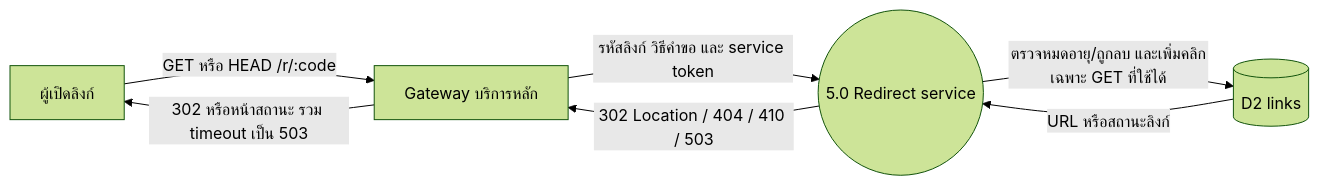
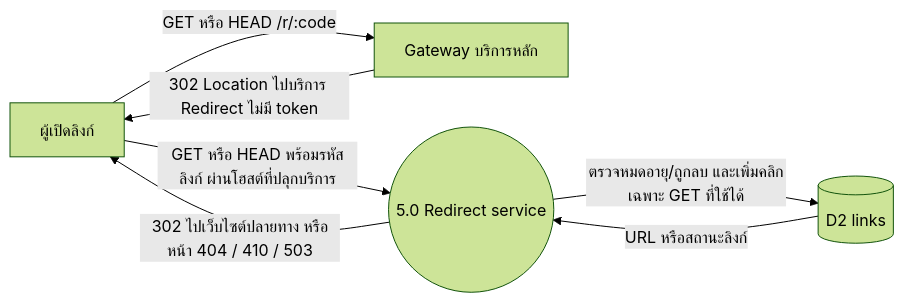
The third of 3 diagrams in docs/DFD.md (Nawaphon05/Short-Url), drawn with Mermaid (forest theme) before and after one commit. The commit also changed other lines of this file and 8 other files, not shown here.

````diff
--- a/docs/DFD.md
+++ b/docs/DFD.md
@@ -109,9 +111,9 @@
 ```mermaid
 flowchart LR
     V["ผู้เปิดลิงก์"] -->|"GET หรือ HEAD /r/:code"| G["Gateway บริการหลัก"]
-    G -->|"รหัสลิงก์ วิธีคำขอ และ service token"| P5(("5.0 Redirect service"))
+    G -->|"302 Location ไปบริการ Redirect ไม่มี token"| V
+    V -->|"GET หรือ HEAD พร้อมรหัสลิงก์ ผ่านโฮสต์ที่ปลุกบริการ"| P5(("5.0 Redirect service"))
     P5 -->|"ตรวจหมดอายุ/ถูกลบ และเพิ่มคลิกเฉพาะ GET ที่ใช้ได้"| D2[("D2 links")]
     D2 -->|"URL หรือสถานะลิงก์"| P5
-    P5 -->|"302 Location / 404 / 410 / 503"| G
-    G -->|"302 หรือหน้าสถานะ รวม timeout เป็น 503"| V
+    P5 -->|"302 ไปเว็บไซต์ปลายทาง หรือหน้า 404 / 410 / 503"| V
 ```
````
